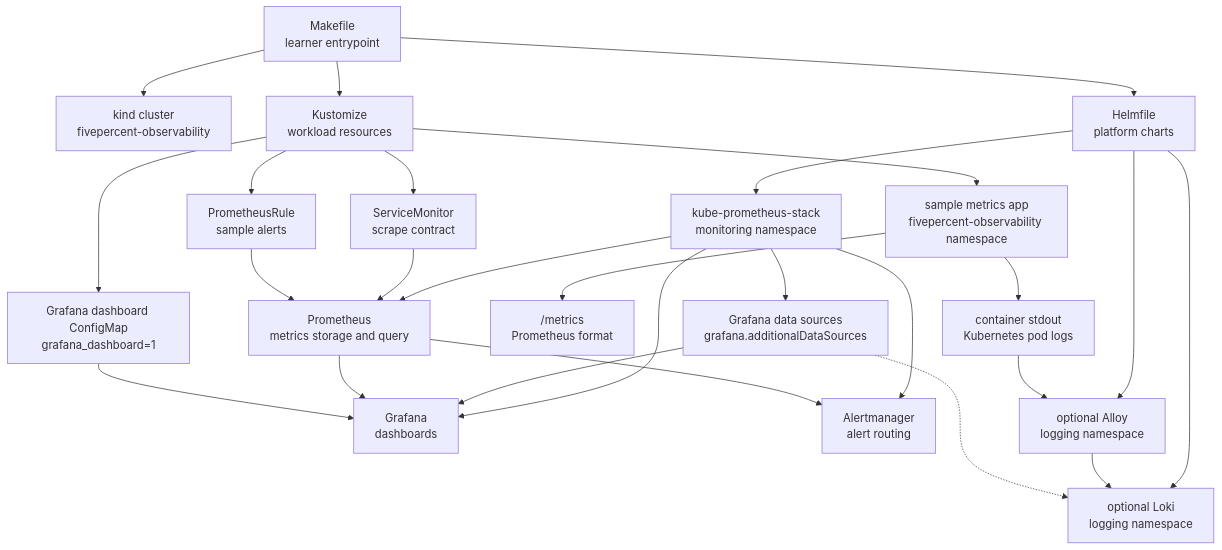
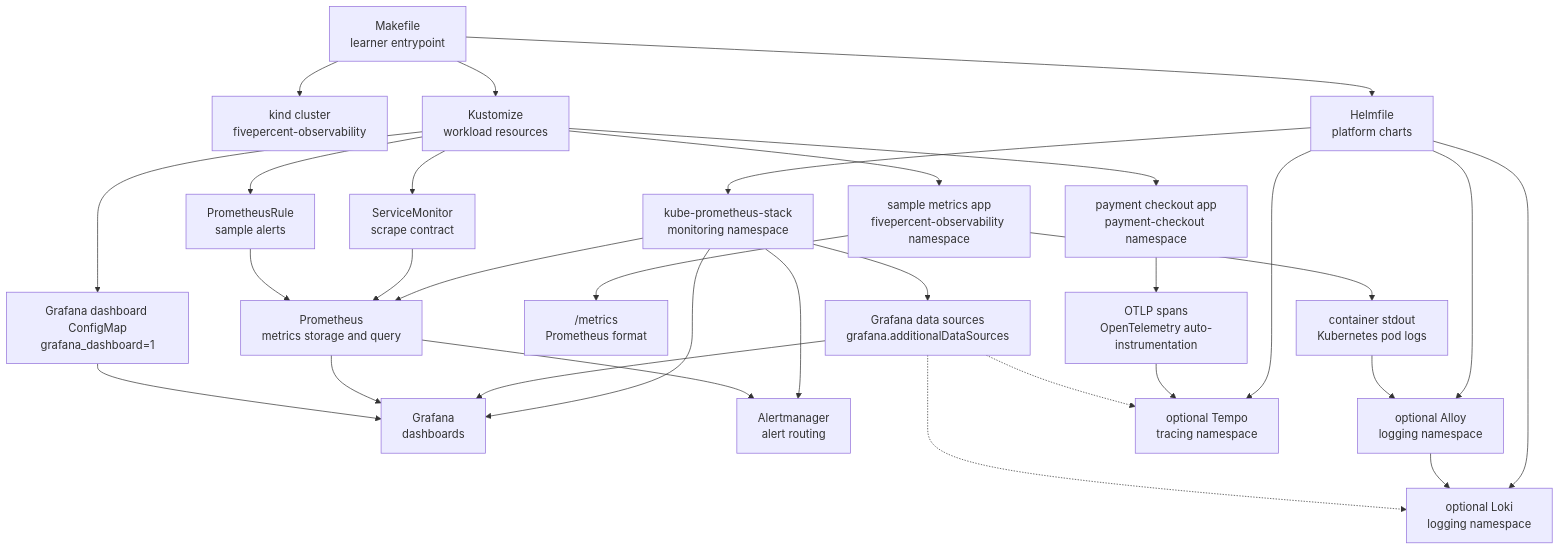
The first of 3 diagrams in docs/architecture.md (AbdulRahmanAlHamali/5percent-observability), drawn with Mermaid before and after one commit. The commit also changed other lines of this file and 2 other files, not shown here.

First line of the commit message:
Address review: use maintained Tempo chart, correct receiver claim

````diff
--- a/docs/architecture.md
+++ b/docs/architecture.md
@@ -11,33 +11,39 @@
 ```mermaid
 flowchart TD
   makefile["Makefile<br>learner entrypoint"] --> kind["kind cluster<br>fivepercent-observability"]
   makefile --> helmfile["Helmfile<br>platform charts"]
   makefile --> kustomize["Kustomize<br>workload resources"]
 
   helmfile --> kps["kube-prometheus-stack<br>monitoring namespace"]
   kps --> prometheus["Prometheus<br>metrics storage and query"]
   kps --> grafana["Grafana<br>dashboards"]
   kps --> alertmanager["Alertmanager<br>alert routing"]
   kps --> grafanaDatasources["Grafana data sources<br>grafana.additionalDataSources"]
   grafanaDatasources --> grafana
 
   kustomize --> app["sample metrics app<br>fivepercent-observability namespace"]
   app --> metrics["/metrics<br>Prometheus format"]
   kustomize --> serviceMonitor["ServiceMonitor<br>scrape contract"]
   serviceMonitor --> prometheus
   prometheus --> grafana
 
   kustomize --> dashboard["Grafana dashboard ConfigMap<br>grafana_dashboard=1"]
   dashboard --> grafana
 
   kustomize --> rule["PrometheusRule<br>sample alerts"]
   rule --> prometheus
   prometheus --> alertmanager
 
   helmfile --> loki["optional Loki<br>logging namespace"]
   helmfile --> alloy["optional Alloy<br>logging namespace"]
   app --> podlogs["container stdout<br>Kubernetes pod logs"]
   podlogs --> alloy
   alloy --> loki
   grafanaDatasources -.-> loki
+
+  helmfile --> tempo["optional Tempo<br>tracing namespace"]
+  kustomize --> paymentApp["payment checkout app<br>payment-checkout namespace"]
+  paymentApp --> spans["OTLP spans<br>OpenTelemetry auto-instrumentation"]
+  spans --> tempo
+  grafanaDatasources -.-> tempo
 ```
````
